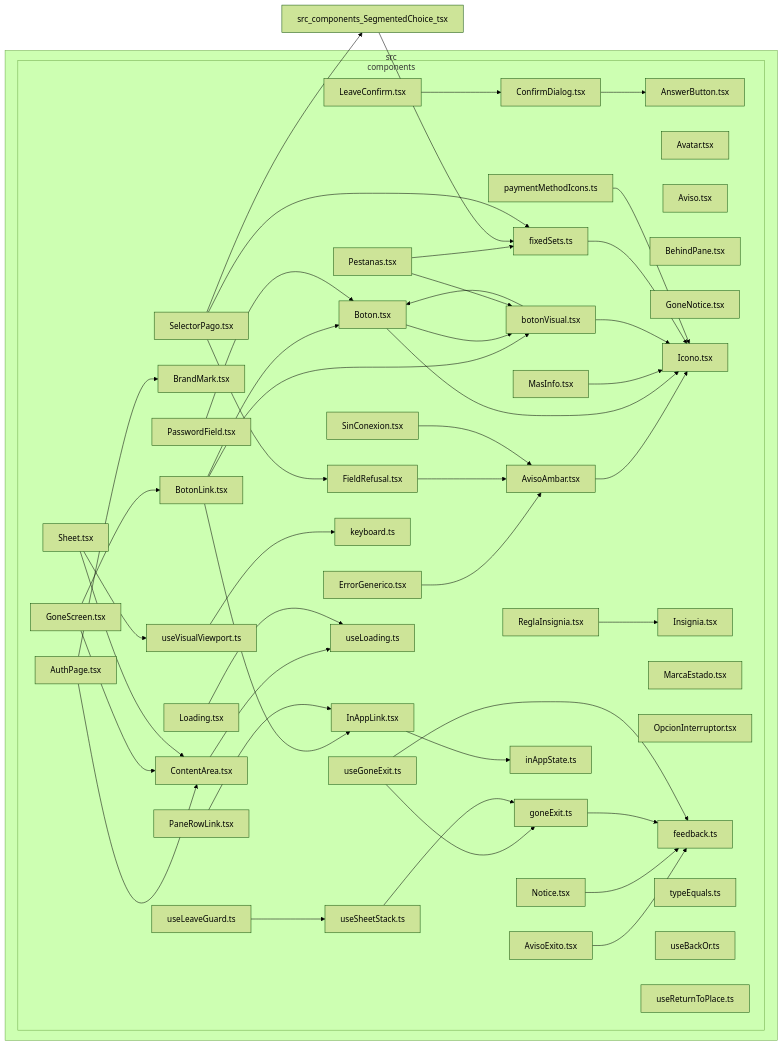
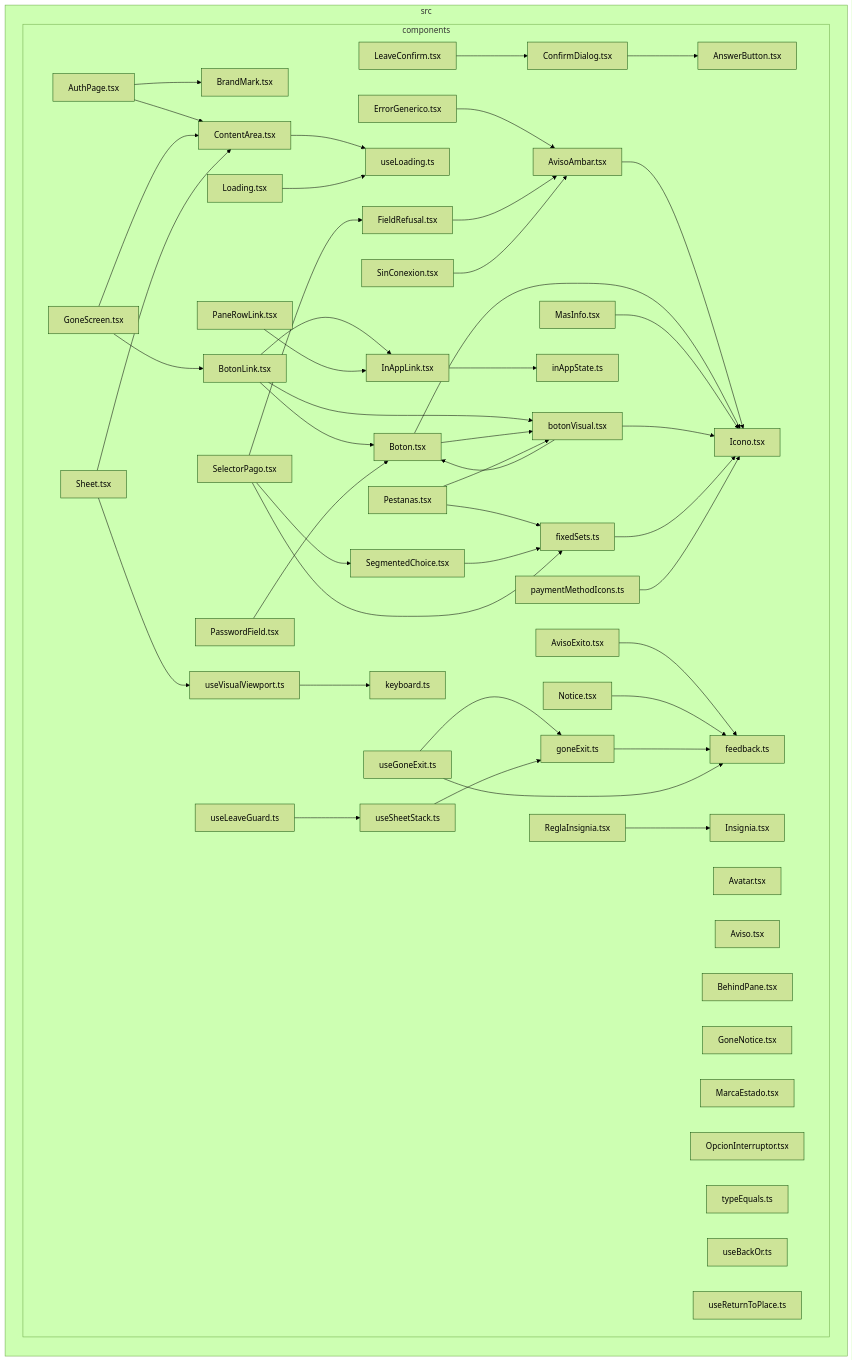
Before and after one commit to GonzaloZevallos/apostrophe: the diagram in docs/architecture/generated/front-modules/components.md, drawn with Mermaid (forest theme). The commit also changed 7 other files, not shown here.

Commit message:
Bring the migration, import and component tests up to the merged master; regenerate the component graph

```diff
--- a/docs/architecture/generated/front-modules/components.md
+++ b/docs/architecture/generated/front-modules/components.md
@@ -37,6 +37,7 @@
     src_components_PasswordField_tsx["PasswordField.tsx"]
     src_components_Pestanas_tsx["Pestanas.tsx"]
     src_components_ReglaInsignia_tsx["ReglaInsignia.tsx"]
+    src_components_SegmentedChoice_tsx["SegmentedChoice.tsx"]
     src_components_SelectorPago_tsx["SelectorPago.tsx"]
     src_components_Sheet_tsx["Sheet.tsx"]
     src_components_SinConexion_tsx["SinConexion.tsx"]
```
